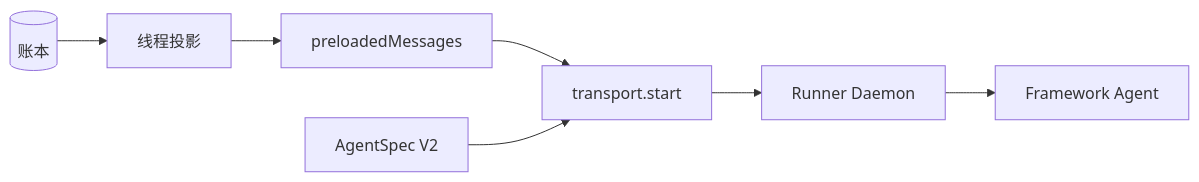
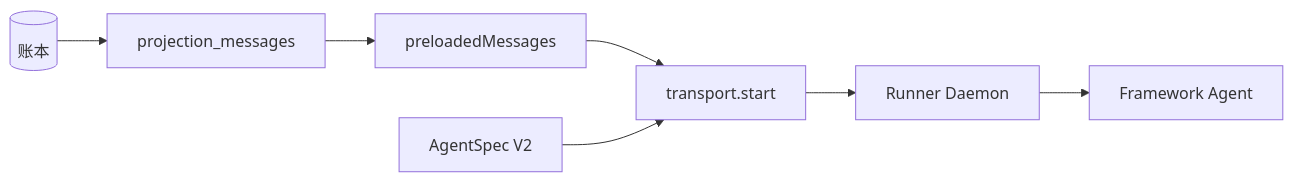
One commit to Chengchcc/my-agent-team changed the diagram in docs/architecture/backend/agent-spec.md. Above: the diagram before and after it, drawn with Mermaid. The commit also changed 24 other files, not shown here.

````diff
--- a/docs/architecture/backend/agent-spec.md
+++ b/docs/architecture/backend/agent-spec.md
@@ -59,9 +59,9 @@
 ```mermaid
 flowchart LR
-  Ledger[(账本)] --> TP[线程投影]
+  Ledger[(账本)] --> TP[projection_messages]
   TP --> Pre[preloadedMessages]
   Pre --> Start[transport.start]
   Spec[AgentSpec V2] --> Start
   Start --> Runner[Runner Daemon]
   Runner --> Agent[Framework Agent]
 ```
````
